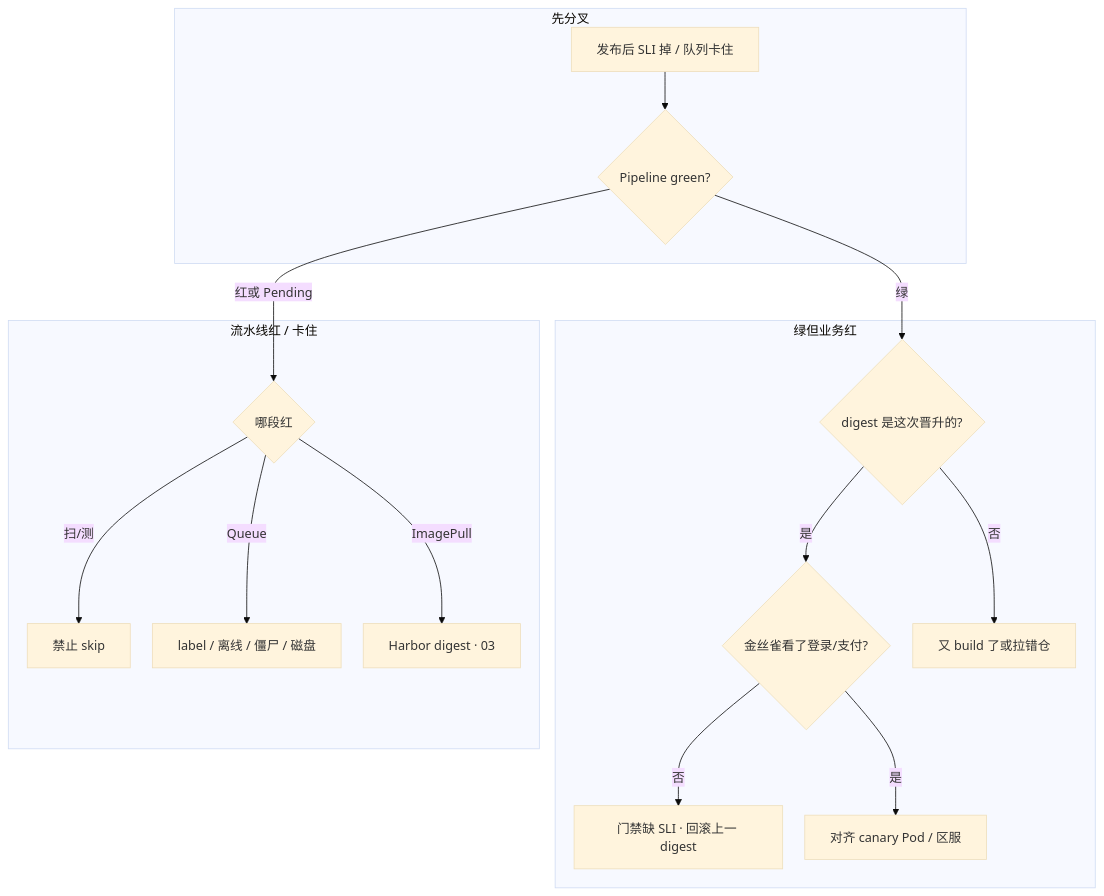
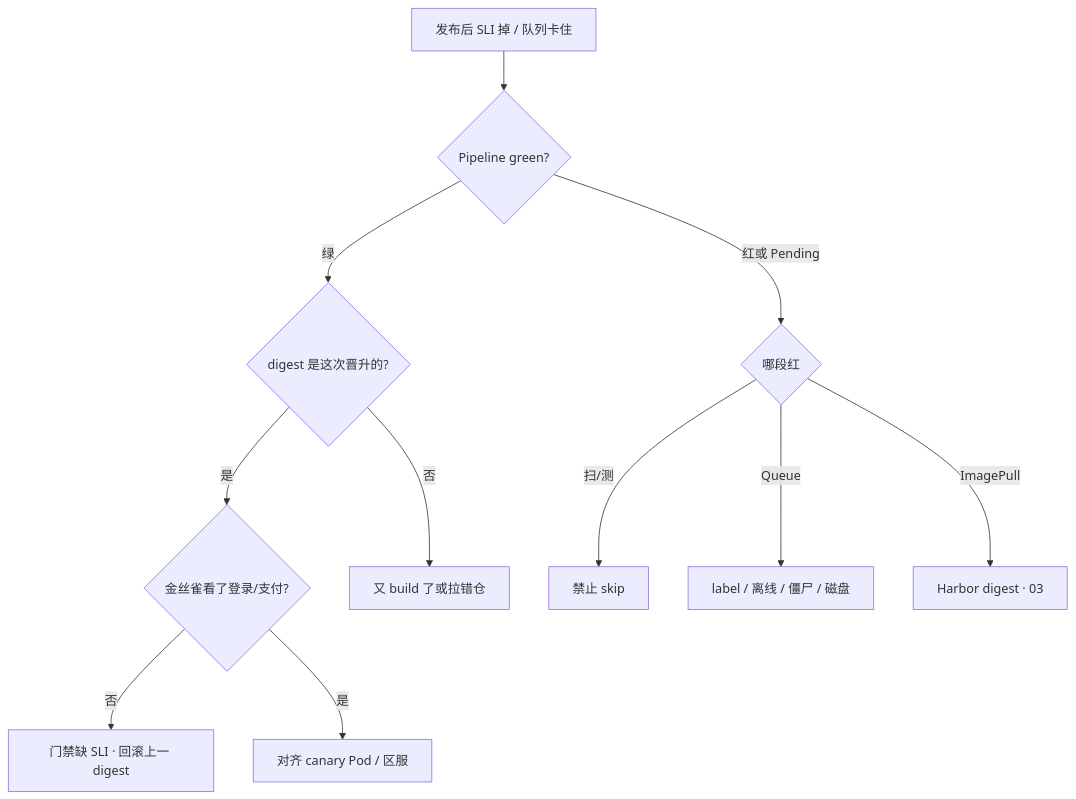
The seventh of 7 diagrams in 04-工程化与自动化/04-CI-CD/知识点.md (ml-cuizijun/LearnToLilith), drawn with Mermaid before and after one commit. The commit also changed other lines of this file and 178 other files, not shown here.

````diff
--- a/04-工程化与自动化/04-CI-CD/知识点.md
+++ b/04-工程化与自动化/04-CI-CD/知识点.md
@@ -554,25 +381,13 @@
 ```mermaid
-%%{init: {"flowchart": {"padding": 16, "nodeSpacing": 28, "rankSpacing": 48}, "theme": "base"}}%%
 flowchart TB
-    subgraph gate ["先分叉"]
-        A[发布后 SLI 掉 / 队列卡住] --> B{Pipeline green?}
-    end
-
-    subgraph green ["绿但业务红"]
-        B -->|绿| C{digest 是这次晋升的?}
-        C -->|是| D{金丝雀看了登录/支付?}
-        D -->|否| E[门禁缺 SLI · 回滚上一 digest]
-        D -->|是| F[对齐 canary Pod / 区服]
-        C -->|否| G[又 build 了或拉错仓]
-    end
-
-    subgraph red ["流水线红 / 卡住"]
-        B -->|红或 Pending| H{哪段红}
-        H -->|扫/测| I[禁止 skip]
-        H -->|Queue| J[label / 离线 / 僵尸 / 磁盘]
-        H -->|ImagePull| K[Harbor digest · 03]
-    end
-
-    class E bad
-    class F ok
+    A[发布后 SLI 掉 / 队列卡住] --> B{Pipeline green?}
+    B -->|绿| C{digest 是这次晋升的?}
+    C -->|是| D{金丝雀看了登录/支付?}
+    D -->|否| E[门禁缺 SLI · 回滚上一 digest]
+    D -->|是| F[对齐 canary Pod / 区服]
+    C -->|否| G[又 build 了或拉错仓]
+    B -->|红或 Pending| H{哪段红}
+    H -->|扫/测| I[禁止 skip]
+    H -->|Queue| J[label / 离线 / 僵尸 / 磁盘]
+    H -->|ImagePull| K[Harbor digest · 03]
 ```
````
